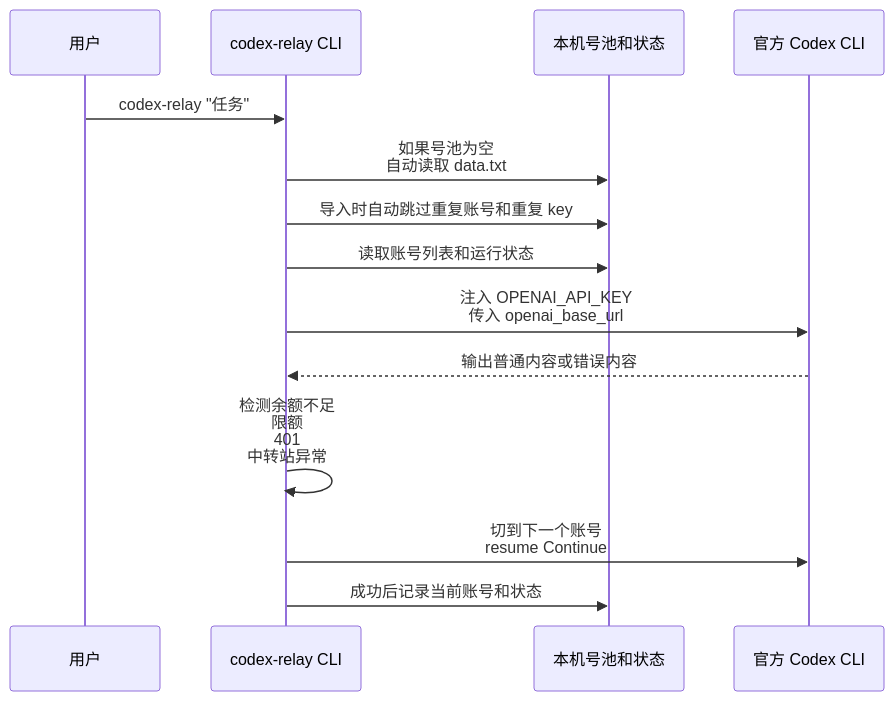
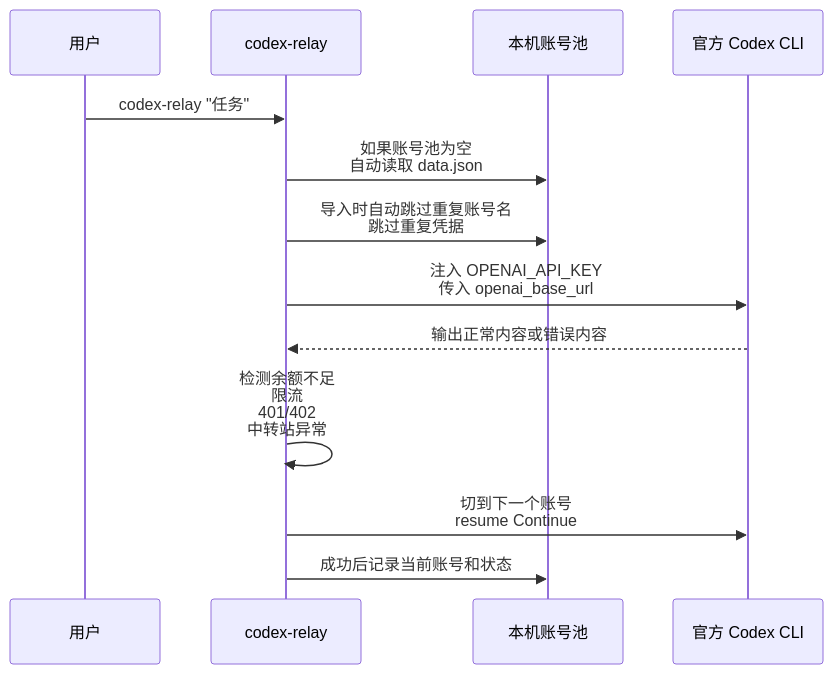
One commit to Albert-PZY/codex-relay changed the second of 3 diagrams in ARCHITECTURE.md. Above: the diagram before and after it, drawn with Mermaid. The commit also changed other lines of this file and 6 other files, not shown here.

````diff
--- a/ARCHITECTURE.md
+++ b/ARCHITECTURE.md
@@ -45,16 +57,15 @@
 ```mermaid
 sequenceDiagram
   participant User as 用户
-  participant CLI as codex-relay CLI
-  participant Pool as 本机号池和状态
+  participant CLI as codex-relay
+  participant Pool as 本机账号池
   participant Codex as 官方 Codex CLI
   User->>CLI: codex-relay "任务"
-  CLI->>Pool: 如果号池为空<br>自动读取 data.txt
-  CLI->>Pool: 导入时自动跳过重复账号和重复 key
-  CLI->>Pool: 读取账号列表和运行状态
+  CLI->>Pool: 如果账号池为空<br>自动读取 data.json
+  CLI->>Pool: 导入时自动跳过重复账号名<br>跳过重复凭据
   CLI->>Codex: 注入 OPENAI_API_KEY<br>传入 openai_base_url
-  Codex-->>CLI: 输出普通内容或错误内容
-  CLI->>CLI: 检测余额不足<br>限额<br>401<br>中转站异常
+  Codex-->>CLI: 输出正常内容或错误内容
+  CLI->>CLI: 检测余额不足<br>限流<br>401/402<br>中转站异常
   CLI->>Codex: 切到下一个账号<br>resume Continue
   CLI->>Pool: 成功后记录当前账号和状态
 ```
````
